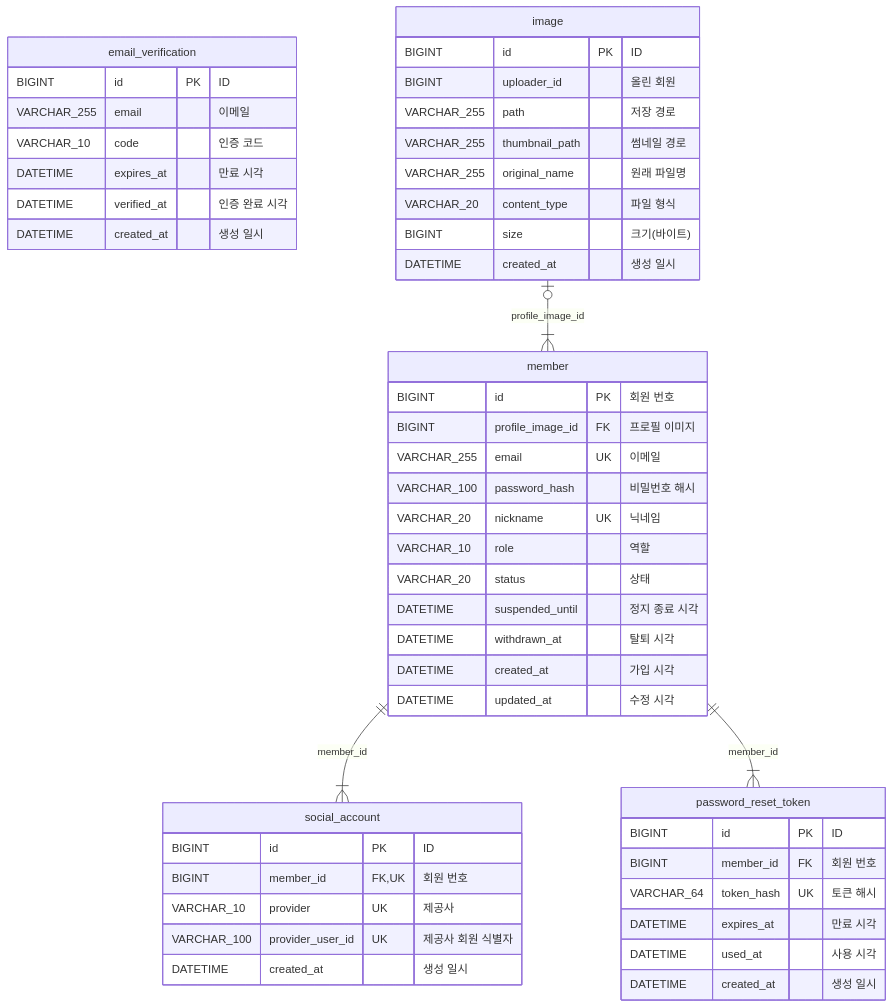
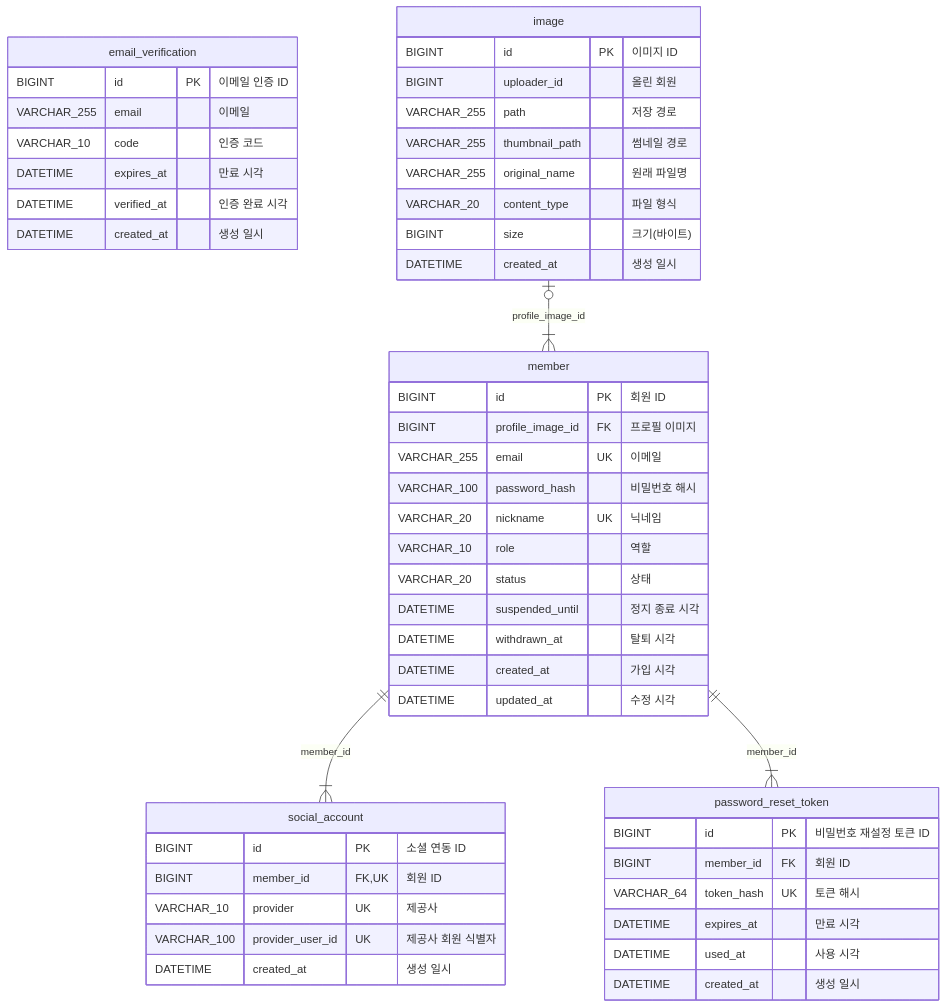
Before and after one commit to blog-hjiwon203/blog-docs: the second of 7 diagrams in specs/001-tistory-blog/erd/README.md, drawn with Mermaid. The commit also changed other lines of this file and 2 other files, not shown here.

First line of the commit message:
ERD id 논리명을 '<테이블명> ID'로 맞춤

````diff
--- a/specs/001-tistory-blog/erd/README.md
+++ b/specs/001-tistory-blog/erd/README.md
@@ -69,52 +69,52 @@
 ```mermaid
 erDiagram
     member {
-        BIGINT id PK "회원 번호"
+        BIGINT id PK "회원 ID"
         BIGINT profile_image_id FK "프로필 이미지"
         VARCHAR_255 email UK "이메일"
         VARCHAR_100 password_hash "비밀번호 해시"
         VARCHAR_20 nickname UK "닉네임"
         VARCHAR_10 role "역할"
         VARCHAR_20 status "상태"
         DATETIME suspended_until "정지 종료 시각"
         DATETIME withdrawn_at "탈퇴 시각"
         DATETIME created_at "가입 시각"
         DATETIME updated_at "수정 시각"
     }
     social_account {
-        BIGINT id PK "ID"
-        BIGINT member_id FK,UK "회원 번호"
+        BIGINT id PK "소셜 연동 ID"
+        BIGINT member_id FK,UK "회원 ID"
         VARCHAR_10 provider UK "제공사"
         VARCHAR_100 provider_user_id UK "제공사 회원 식별자"
         DATETIME created_at "생성 일시"
     }
     email_verification {
-        BIGINT id PK "ID"
+        BIGINT id PK "이메일 인증 ID"
         VARCHAR_255 email "이메일"
         VARCHAR_10 code "인증 코드"
         DATETIME expires_at "만료 시각"
         DATETIME verified_at "인증 완료 시각"
         DATETIME created_at "생성 일시"
     }
     password_reset_token {
-        BIGINT id PK "ID"
-        BIGINT member_id FK "회원 번호"
+        BIGINT id PK "비밀번호 재설정 토큰 ID"
+        BIGINT member_id FK "회원 ID"
         VARCHAR_64 token_hash UK "토큰 해시"
         DATETIME expires_at "만료 시각"
         DATETIME used_at "사용 시각"
         DATETIME created_at "생성 일시"
     }
     image {
-        BIGINT id PK "ID"
+        BIGINT id PK "이미지 ID"
         BIGINT uploader_id "올린 회원"
         VARCHAR_255 path "저장 경로"
         VARCHAR_255 thumbnail_path "썸네일 경로"
         VARCHAR_255 original_name "원래 파일명"
         VARCHAR_20 content_type "파일 형식"
         BIGINT size "크기(바이트)"
         DATETIME created_at "생성 일시"
     }
     member ||--|{ social_account : "member_id"
     member ||--|{ password_reset_token : "member_id"
     image |o--|{ member : "profile_image_id"
 ```
````
